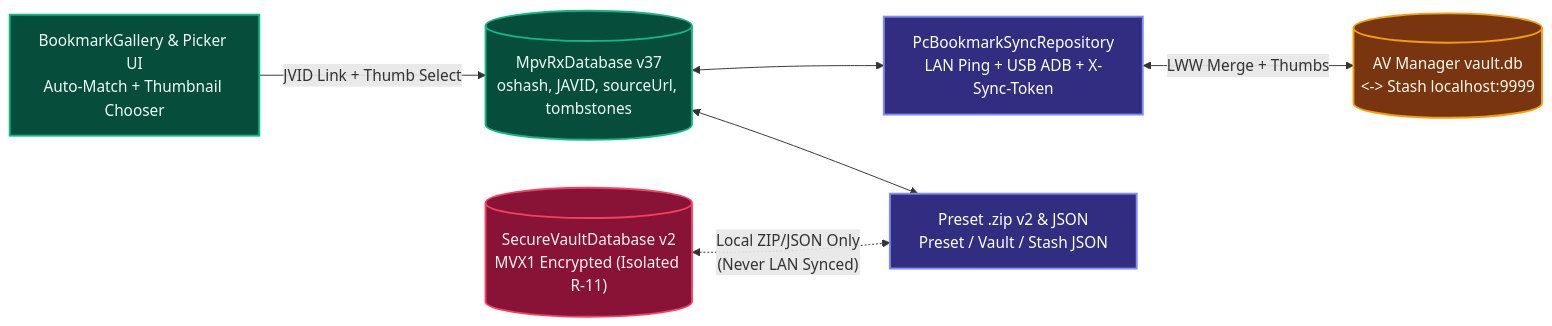
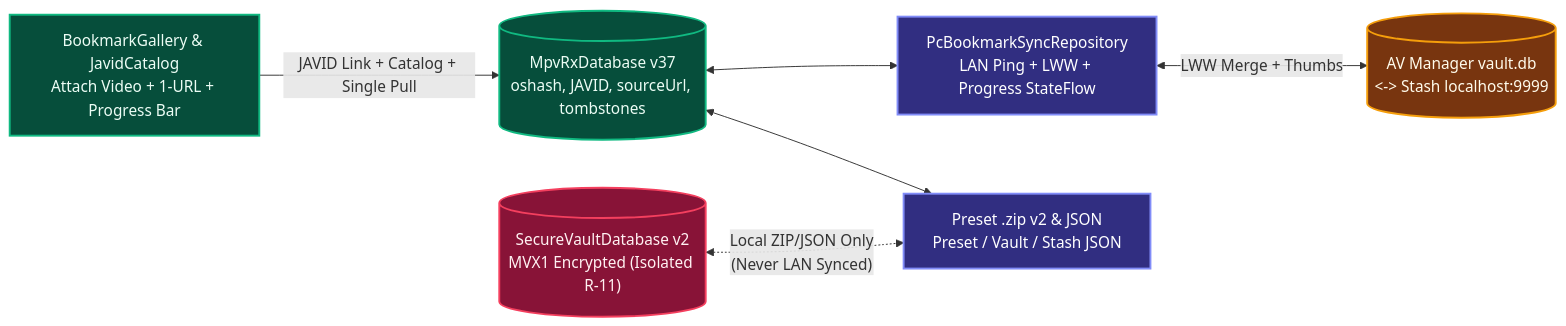
Before and after one commit to Mostakim2005/mpvRx: the ninth of 9 diagrams in docs/ARCHITECTURE.md, drawn with Mermaid. The commit also changed other lines of this file and 9 other files, not shown here.

Commit message:
feat(sync): determinate progress bars, independent JAVID set catalog, and LWW single-URL sync

````diff
--- a/docs/ARCHITECTURE.md
+++ b/docs/ARCHITECTURE.md
@@ -343,19 +343,19 @@
 ```mermaid
 flowchart LR
     classDef publicDb fill:#064e3b,stroke:#10b981,stroke-width:2px,color:#ecfdf5
     classDef secureDb fill:#881337,stroke:#f43f5e,stroke-width:2px,color:#fff1f2
     classDef syncNode fill:#312e81,stroke:#818cf8,stroke-width:2px,color:#ffffff
     classDef pcHub fill:#78350f,stroke:#f59e0b,stroke-width:2px,color:#fffbeb
 
     PublicDB[("MpvRxDatabase v37\noshash, JAVID, sourceUrl, tombstones")]:::publicDb
     SecureDB[("SecureVaultDatabase v2\nMVX1 Encrypted (Isolated R-11)")]:::secureDb
     PresetV2["Preset .zip v2 & JSON\nPreset / Vault / Stash JSON"]:::syncNode
-    SyncRepo["PcBookmarkSyncRepository\nLAN Ping + USB ADB + X-Sync-Token"]:::syncNode
+    SyncRepo["PcBookmarkSyncRepository\nLAN Ping + LWW + Progress StateFlow"]:::syncNode
     AvHub[("AV Manager vault.db\n<-> Stash localhost:9999")]:::pcHub
-    OrphanUI["BookmarkGallery & Picker UI\nAuto-Match + Thumbnail Chooser"]:::publicDb
+    OrphanUI["BookmarkGallery & JavidCatalog\nAttach Video + 1-URL + Progress Bar"]:::publicDb
 
     PublicDB <--> SyncRepo <-->|LWW Merge + Thumbs| AvHub
     PublicDB <--> PresetV2
     SecureDB <-.->|"Local ZIP/JSON Only\n(Never LAN Synced)"| PresetV2
-    OrphanUI -->|JVID Link + Thumb Select| PublicDB
+    OrphanUI -->|JAVID Link + Catalog + Single Pull| PublicDB
 ```
````
